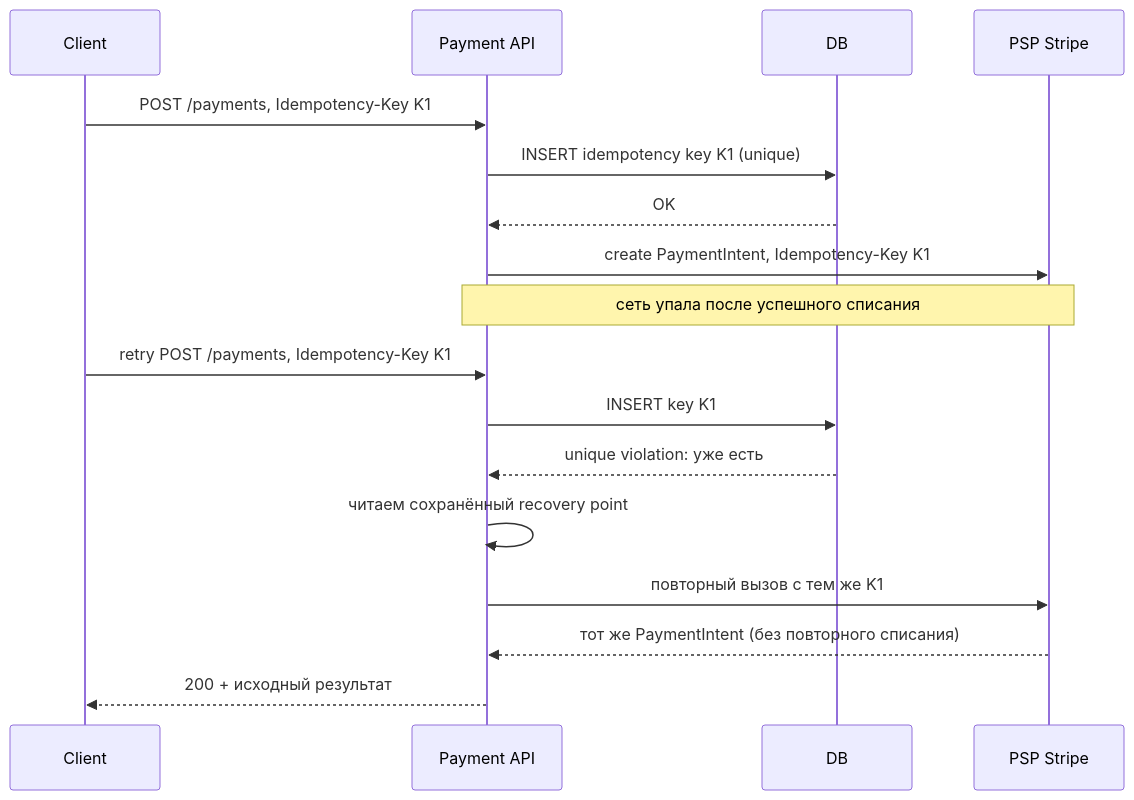
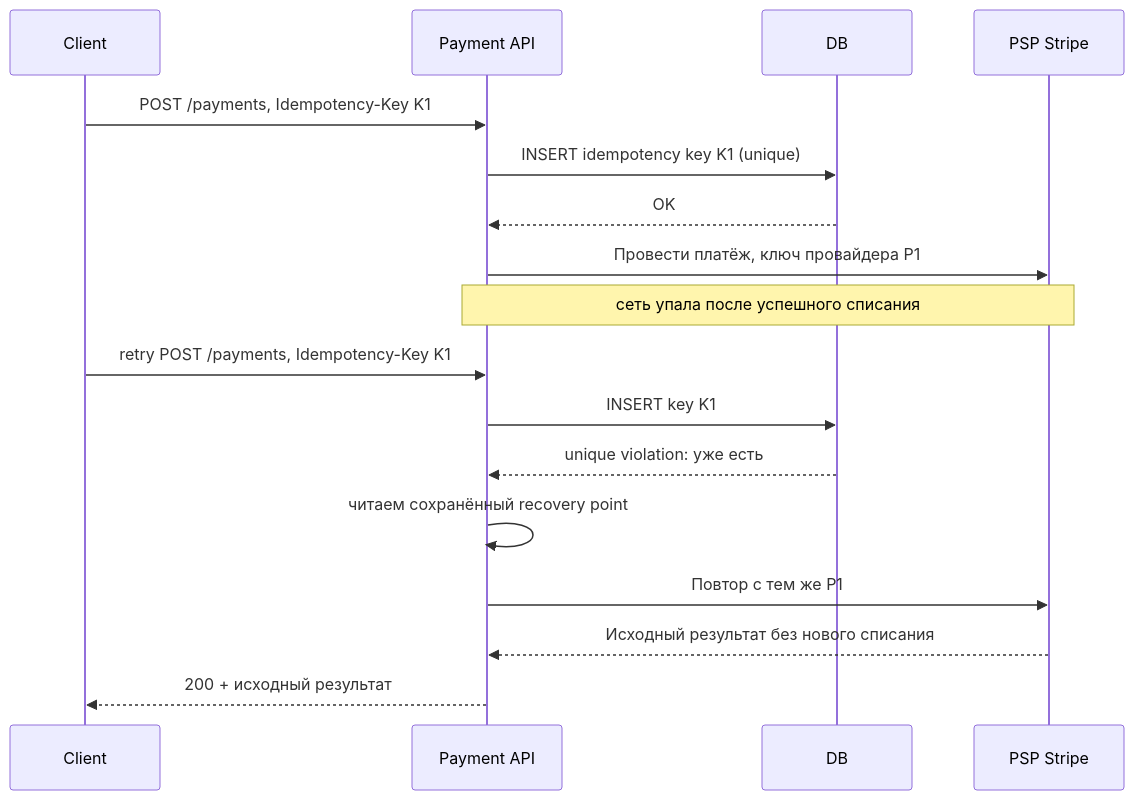
One commit to AlohaJava/system-design-interview-chamkin changed the second of 3 diagrams in 01-building-blocks/api-design.md. Above: the diagram before and after it, drawn with Mermaid. The commit also changed other lines of this file and 49 other files, not shown here.

````diff
--- a/01-building-blocks/api-design.md
+++ b/01-building-blocks/api-design.md
@@ -184,20 +174,20 @@
 ```mermaid
 sequenceDiagram
     participant C as Client
     participant A as Payment API
     participant D as DB
     participant S as PSP Stripe
 
     C->>A: POST /payments, Idempotency-Key K1
     A->>D: INSERT idempotency key K1 (unique)
     D-->>A: OK
-    A->>S: create PaymentIntent, Idempotency-Key K1
+    A->>S: Провести платёж, ключ провайдера P1
     Note over A,S: сеть упала после успешного списания
     C->>A: retry POST /payments, Idempotency-Key K1
     A->>D: INSERT key K1
     D-->>A: unique violation: уже есть
     A->>A: читаем сохранённый recovery point
-    A->>S: повторный вызов с тем же K1
-    S-->>A: тот же PaymentIntent (без повторного списания)
+    A->>S: Повтор с тем же P1
+    S-->>A: Исходный результат без нового списания
     A-->>C: 200 + исходный результат
 ```
````
